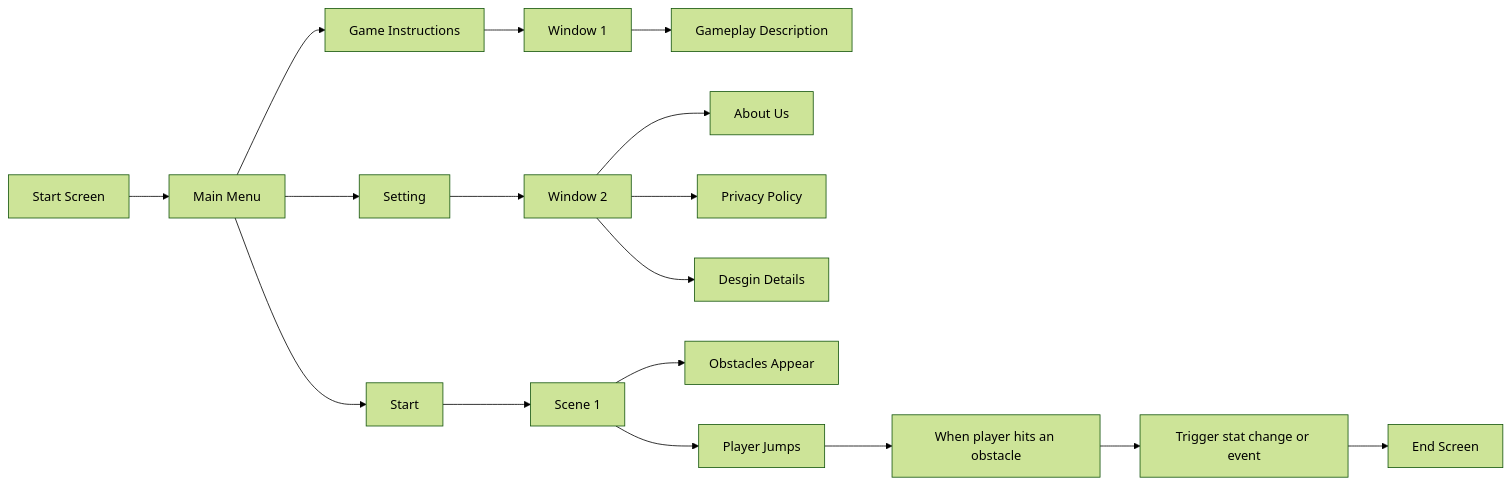
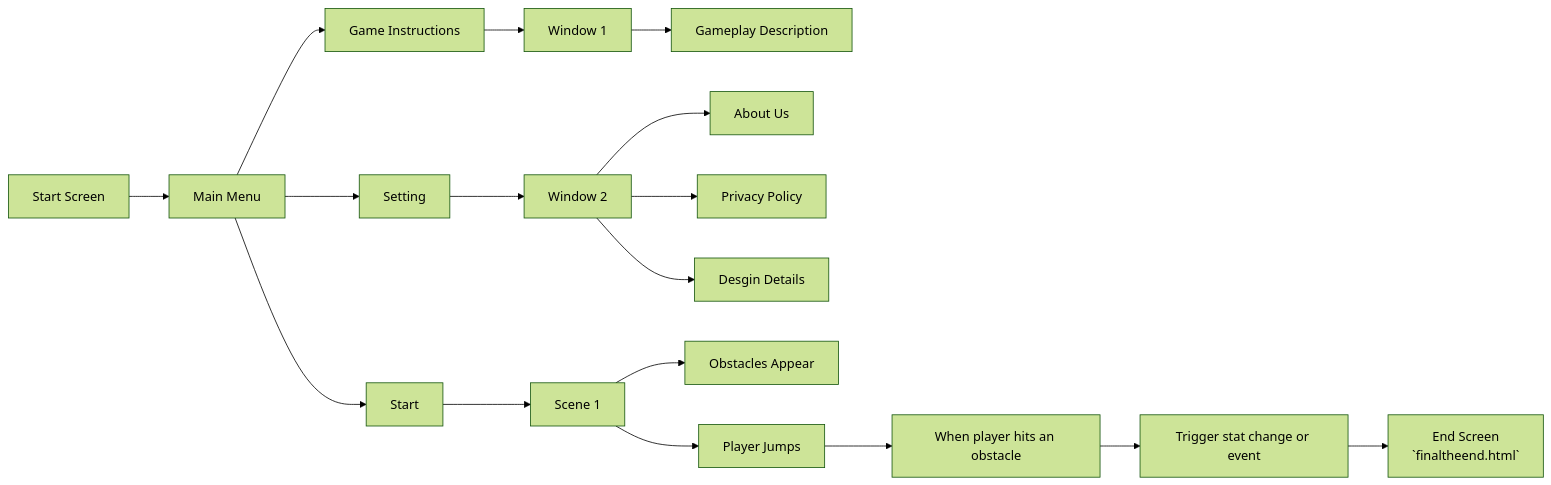
One commit to PhoebeLu1011/1132CODEfinalproject changed the diagram in README.md. Above: the diagram before and after it, drawn with Mermaid (forest theme).

````diff
--- a/README.md
+++ b/README.md
@@ -68,19 +68,19 @@
 ```mermaid
 flowchart LR
     A[Start Screen] --> B[Main Menu]
     B --> C[Game Instructions]
     C --> D[Window 1]
     D --> E[Gameplay Description]
     B --> F[Setting]
     F --> G[Window 2]
     G --> H[About Us]
     G --> P[Privacy Policy]
     G --> Q[Desgin Details]
     B --> I[Start]
     I --> J[Scene 1]
     J --> K[Obstacles Appear]
     J --> L[Player Jumps]
     L --> M[When player hits an obstacle]
     M --> N[Trigger stat change or event]
-    N --> O[End Screen]
+    N --> O[End Screen<br>`finaltheend.html`]
 ```
````
